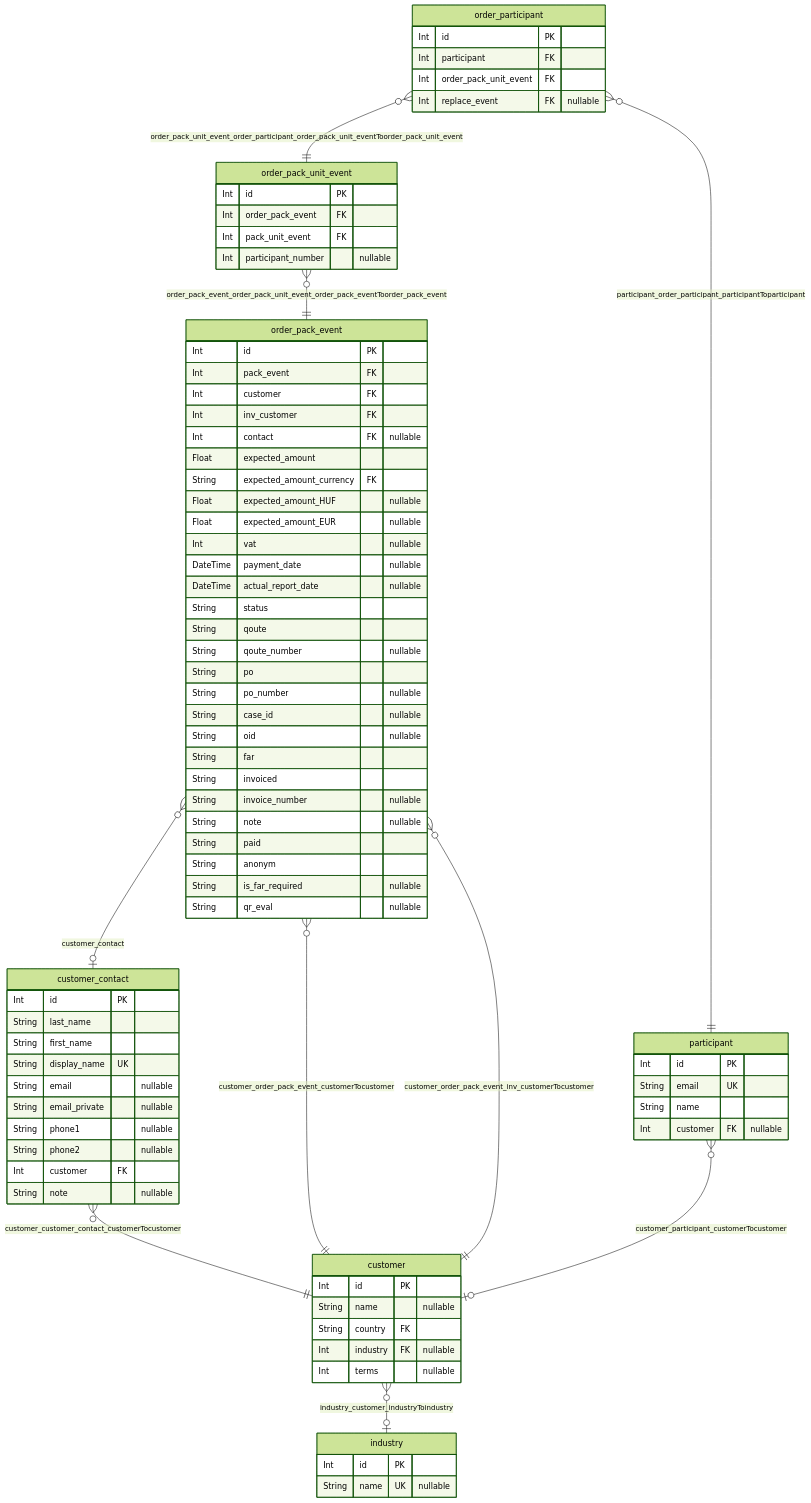
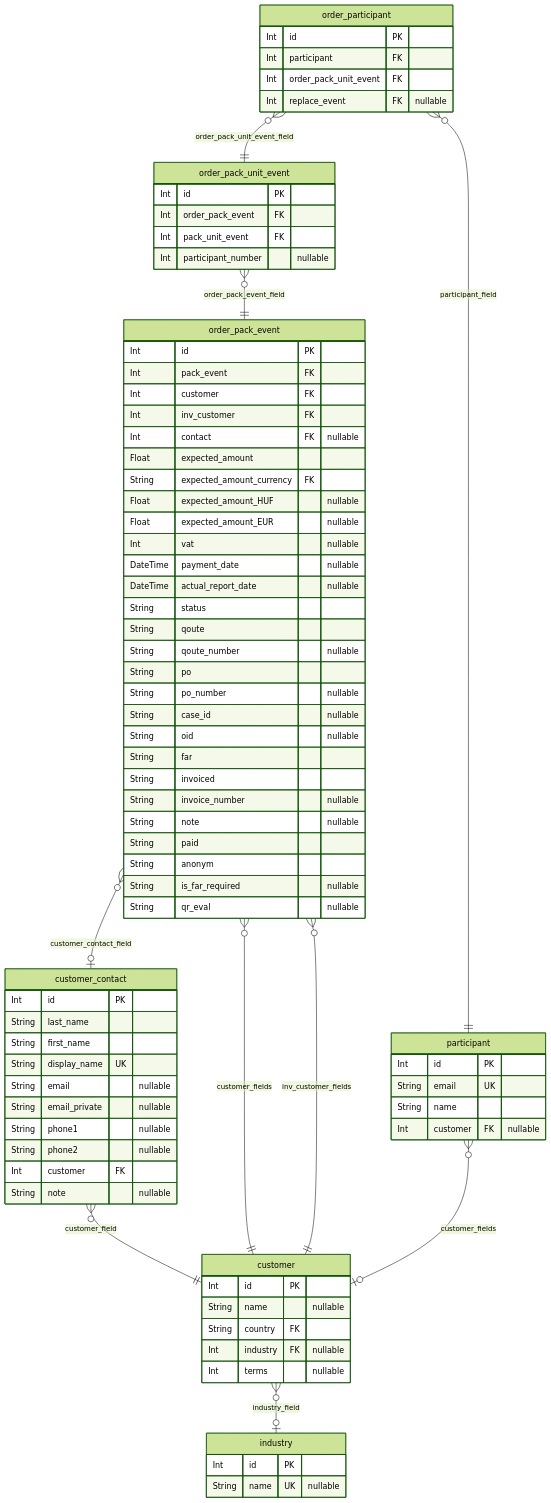
The third of 6 diagrams in wiki/dev/database.md (Kristofy/CompOffice), drawn with Mermaid (forest theme) before and after one commit. The commit also changed other lines of this file and 29 other files, not shown here.

````diff
--- a/wiki/dev/database.md
+++ b/wiki/dev/database.md
@@ -145,82 +160,82 @@
 ```mermaid
 erDiagram
 "customer" {
   Int id PK
   String name "nullable"
   String country FK
   Int industry FK "nullable"
   Int terms "nullable"
 }
 "customer_contact" {
   Int id PK
   String last_name
   String first_name
   String display_name UK
   String email "nullable"
   String email_private "nullable"
   String phone1 "nullable"
   String phone2 "nullable"
   Int customer FK
   String note "nullable"
 }
 "industry" {
   Int id PK
   String name UK "nullable"
 }
 "order_pack_event" {
   Int id PK
   Int pack_event FK
   Int customer FK
   Int inv_customer FK
   Int contact FK "nullable"
   Float expected_amount
   String expected_amount_currency FK
   Float expected_amount_HUF "nullable"
   Float expected_amount_EUR "nullable"
   Int vat "nullable"
   DateTime payment_date "nullable"
   DateTime actual_report_date "nullable"
   String status
   String qoute
   String qoute_number "nullable"
   String po
   String po_number "nullable"
   String case_id "nullable"
   String oid "nullable"
   String far
   String invoiced
   String invoice_number "nullable"
   String note "nullable"
   String paid
   String anonym
   String is_far_required "nullable"
   String qr_eval "nullable"
 }
 "order_pack_unit_event" {
   Int id PK
   Int order_pack_event FK
   Int pack_unit_event FK
   Int participant_number "nullable"
 }
 "order_participant" {
   Int id PK
   Int participant FK
   Int order_pack_unit_event FK
   Int replace_event FK "nullable"
 }
 "participant" {
   Int id PK
   String email UK
   String name
   Int customer FK "nullable"
 }
-"customer" }o--o| "industry" : industry_customer_industryToindustry
-"customer_contact" }o--|| "customer" : customer_customer_contact_customerTocustomer
-"order_pack_event" }o--o| "customer_contact" : customer_contact
-"order_pack_event" }o--|| "customer" : customer_order_pack_event_customerTocustomer
-"order_pack_event" }o--|| "customer" : customer_order_pack_event_inv_customerTocustomer
-"order_pack_unit_event" }o--|| "order_pack_event" : order_pack_event_order_pack_unit_event_order_pack_eventToorder_pack_event
-"order_participant" }o--|| "order_pack_unit_event" : order_pack_unit_event_order_participant_order_pack_unit_eventToorder_pack_unit_event
-"order_participant" }o--|| "participant" : participant_order_participant_participantToparticipant
-"participant" }o--o| "customer" : customer_participant_customerTocustomer
+"customer" }o--o| "industry" : industry_field
+"customer_contact" }o--|| "customer" : customer_field
+"order_pack_event" }o--o| "customer_contact" : customer_contact_field
+"order_pack_event" }o--|| "customer" : customer_fields
+"order_pack_event" }o--|| "customer" : inv_customer_fields
+"order_pack_unit_event" }o--|| "order_pack_event" : order_pack_event_field
+"order_participant" }o--|| "order_pack_unit_event" : order_pack_unit_event_field
+"order_participant" }o--|| "participant" : participant_field
+"participant" }o--o| "customer" : customer_fields
 ```
````
